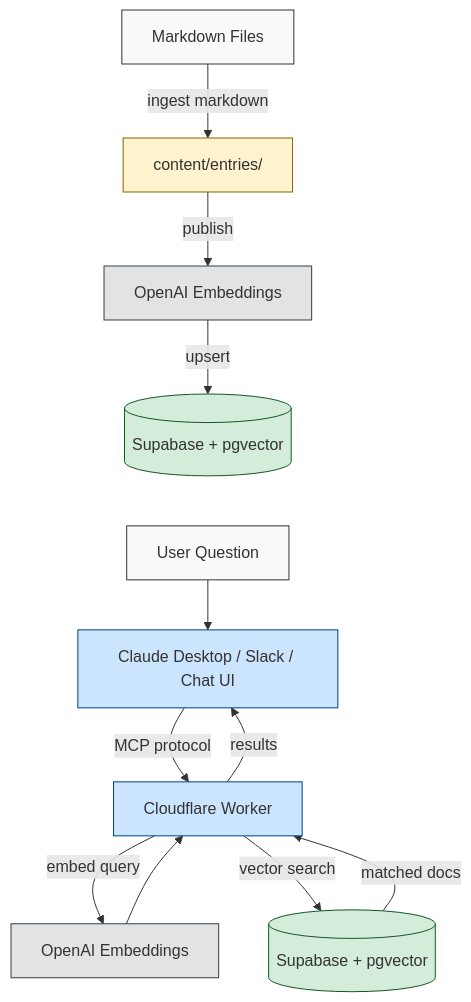
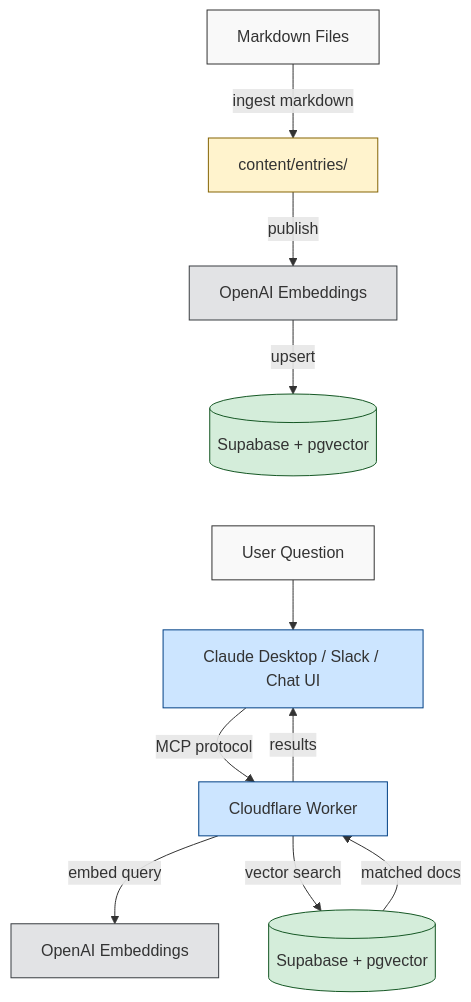
One commit to southleft/company-docs-mcp changed the diagram in README.md. Above: the diagram before and after it, drawn with Mermaid.

Commit message:
fix: Remove bidirectional OpenAI arrow to reduce label crowding in diagram

````diff
--- a/README.md
+++ b/README.md
@@ -153,27 +153,26 @@
 ```mermaid
 flowchart TD
     A["Markdown Files"]
     A -->|ingest markdown| B["content/entries/"]
     B -->|publish| C["OpenAI Embeddings"]
     C -->|upsert| D[("Supabase + pgvector")]
 
     D ~~~ E
 
     E["User Question"] --> F["Claude Desktop / Slack / Chat UI"]
     F -->|MCP protocol| G["Cloudflare Worker"]
     G -->|embed query| H["OpenAI Embeddings"]
-    H --> G
     G -->|vector search| I[("Supabase + pgvector")]
     I -->|matched docs| G
     G -->|results| F
 
     style A fill:#f9f9f9,stroke:#333,color:#333
     style B fill:#fff3cd,stroke:#856404,color:#333
     style C fill:#e2e3e5,stroke:#383d41,color:#333
     style D fill:#d4edda,stroke:#155724,color:#333
     style E fill:#f9f9f9,stroke:#333,color:#333
     style F fill:#cce5ff,stroke:#004085,color:#333
     style G fill:#cce5ff,stroke:#004085,color:#333
     style H fill:#e2e3e5,stroke:#383d41,color:#333
     style I fill:#d4edda,stroke:#155724,color:#333
 ```
````
